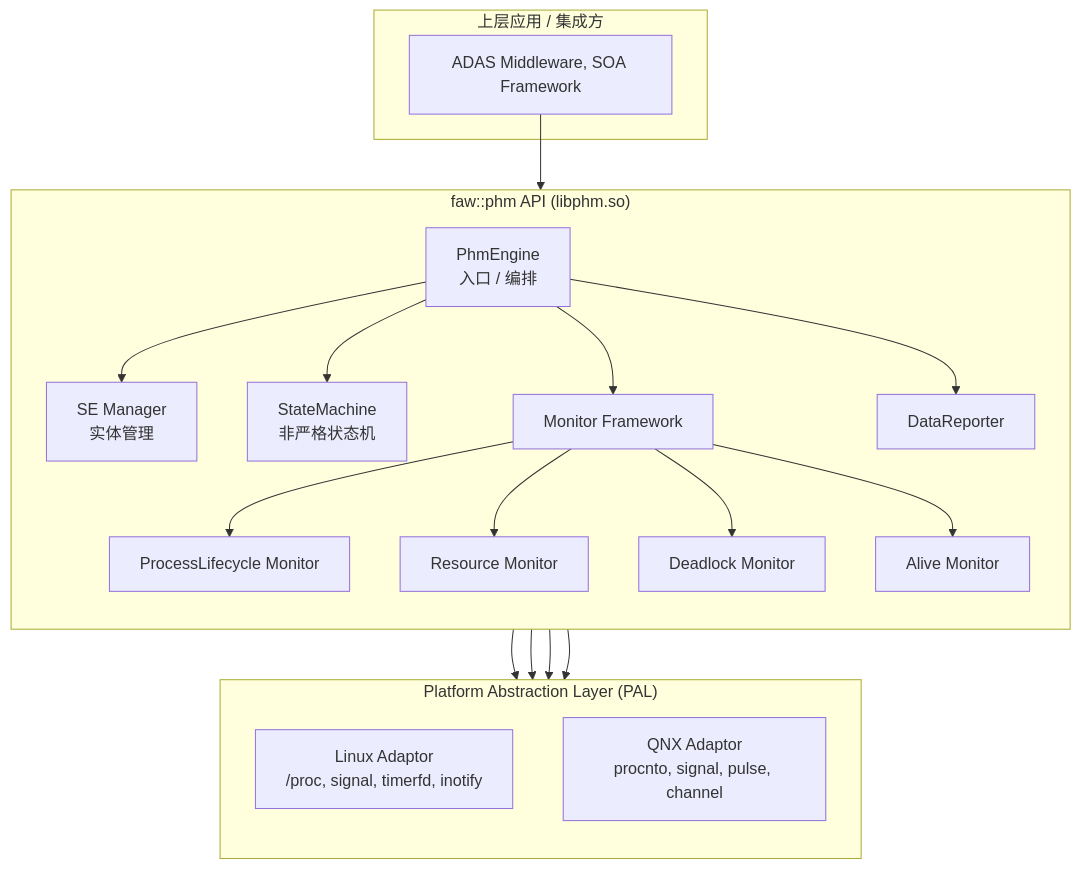
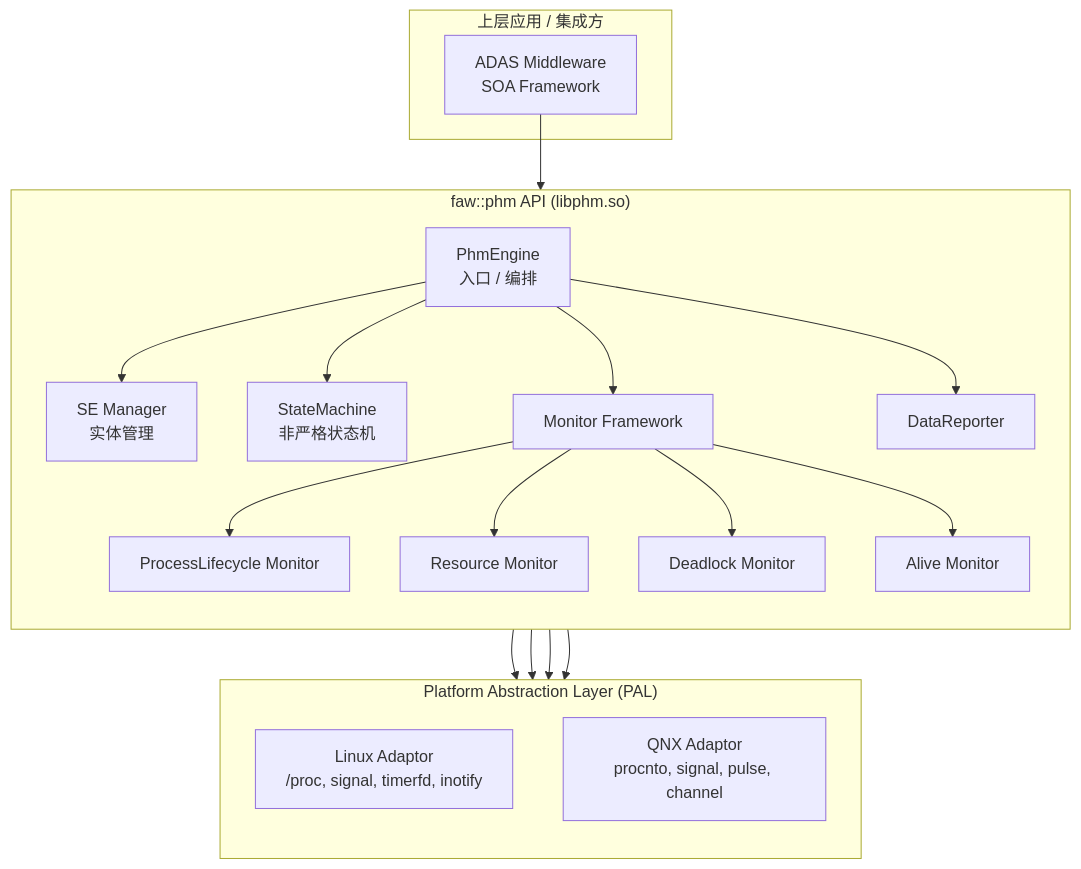
The first of 7 diagrams in doc/spec.md (DustEater/phm), drawn with Mermaid before and after one commit. The commit also changed other lines of this file and 8 other files, not shown here.

````diff
--- a/doc/spec.md
+++ b/doc/spec.md
@@ -36,39 +36,39 @@
 ```mermaid
 flowchart TB
     subgraph Top["上层应用 / 集成方"]
-        APP["ADAS Middleware, SOA Framework"]
+        APP["ADAS Middleware<br/>SOA Framework"]
     end
 
     subgraph Lib["faw::phm API (libphm.so)"]
         direction TB
-        ENGINE["PhmEngine\n入口 / 编排"]
-        SEMGR["SE Manager\n实体管理"]
-        SM["StateMachine\n非严格状态机"]
+        ENGINE["PhmEngine<br/>入口 / 编排"]
+        SEMGR["SE Manager<br/>实体管理"]
+        SM["StateMachine<br/>非严格状态机"]
         MF["Monitor Framework"]
         PLM["ProcessLifecycle Monitor"]
         RM["Resource Monitor"]
         DM["Deadlock Monitor"]
         AM["Alive Monitor"]
         DR["DataReporter"]
     end
 
     subgraph PAL["Platform Abstraction Layer (PAL)"]
         direction TB
-        LINUX["Linux Adaptor\n/proc, signal, timerfd, inotify"]
-        QNX["QNX Adaptor\nprocnto, signal, pulse, channel"]
+        LINUX["Linux Adaptor<br/>/proc, signal, timerfd, inotify"]
+        QNX["QNX Adaptor<br/>procnto, signal, pulse, channel"]
     end
 
     APP --> ENGINE
     ENGINE --> SEMGR
     ENGINE --> SM
     ENGINE --> MF
     MF --> PLM
     MF --> RM
     MF --> DM
     MF --> AM
     ENGINE --> DR
     PLM --> PAL
     RM --> PAL
     DM --> PAL
     AM --> PAL
 ```
````
